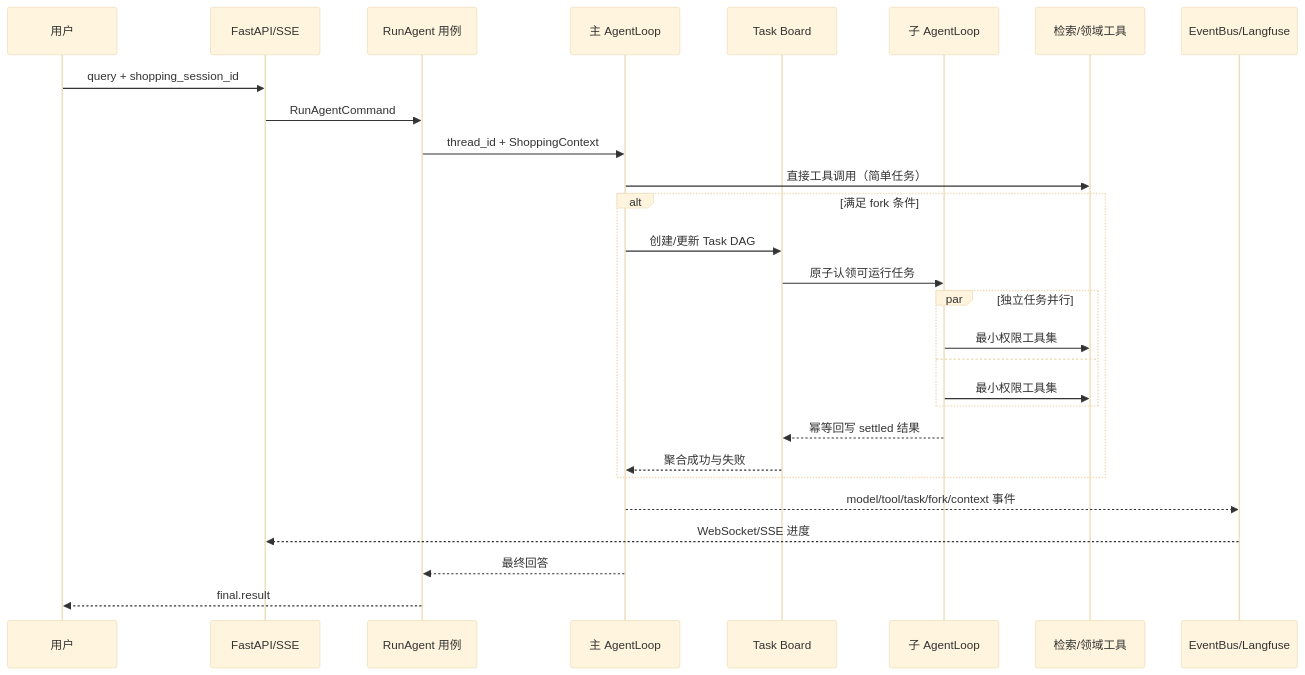
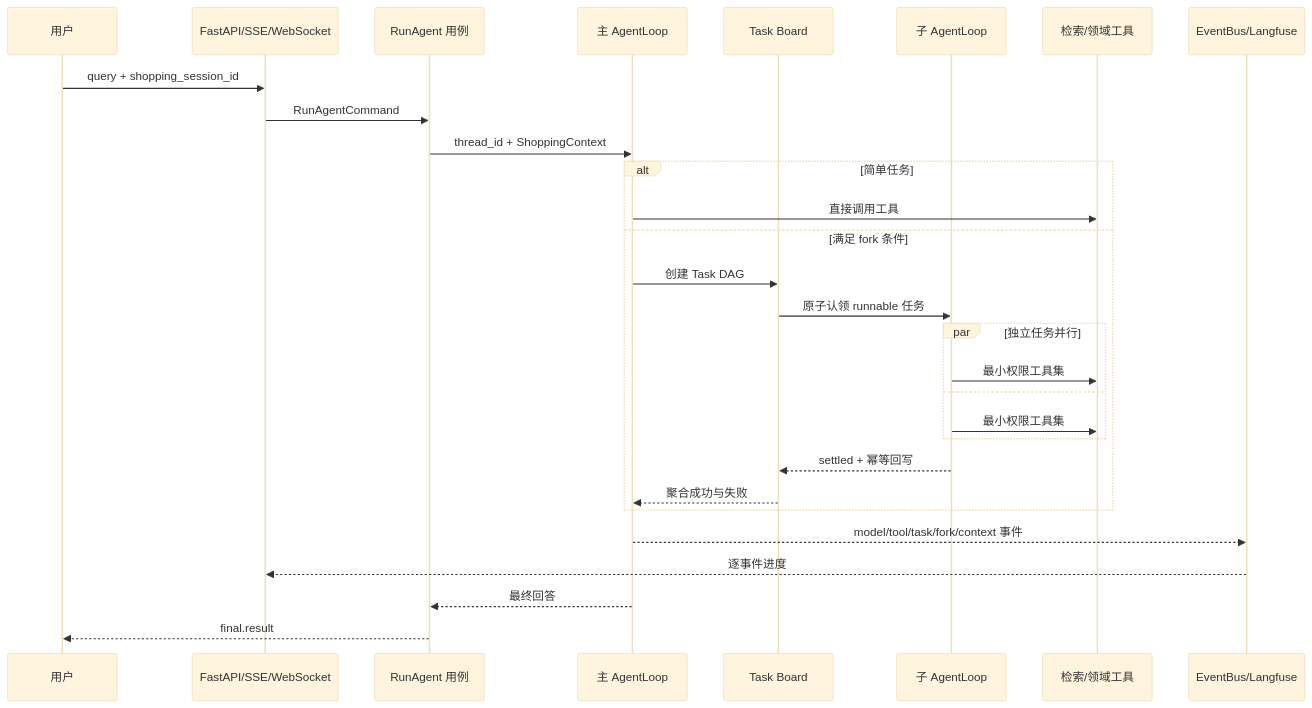
Before and after one commit to ParejaJava/AgentRL: the diagram in docs/interview_evidence/README.md, drawn with Mermaid (base theme). The commit also changed other lines of this file and 94 other files, not shown here.

````diff
--- a/docs/interview_evidence/README.md
+++ b/docs/interview_evidence/README.md
@@ -13,30 +49,31 @@
 ```mermaid
 sequenceDiagram
     participant U as 用户
-    participant API as FastAPI/SSE
+    participant API as FastAPI/SSE/WebSocket
     participant UC as RunAgent 用例
     participant M as 主 AgentLoop
     participant T as Task Board
     participant S as 子 AgentLoop
     participant R as 检索/领域工具
     participant E as EventBus/Langfuse
     U->>API: query + shopping_session_id
     API->>UC: RunAgentCommand
     UC->>M: thread_id + ShoppingContext
-    M->>R: 直接工具调用（简单任务）
-    alt 满足 fork 条件
-        M->>T: 创建/更新 Task DAG
-        T->>S: 原子认领可运行任务
+    alt 简单任务
+        M->>R: 直接调用工具
+    else 满足 fork 条件
+        M->>T: 创建 Task DAG
+        T->>S: 原子认领 runnable 任务
         par 独立任务并行
             S->>R: 最小权限工具集
         and
             S->>R: 最小权限工具集
         end
-        S-->>T: 幂等回写 settled 结果
+        S-->>T: settled + 幂等回写
         T-->>M: 聚合成功与失败
     end
     M-->>E: model/tool/task/fork/context 事件
-    E-->>API: WebSocket/SSE 进度
+    E-->>API: 逐事件进度
     M-->>UC: 最终回答
     UC-->>U: final.result
 ```
````
